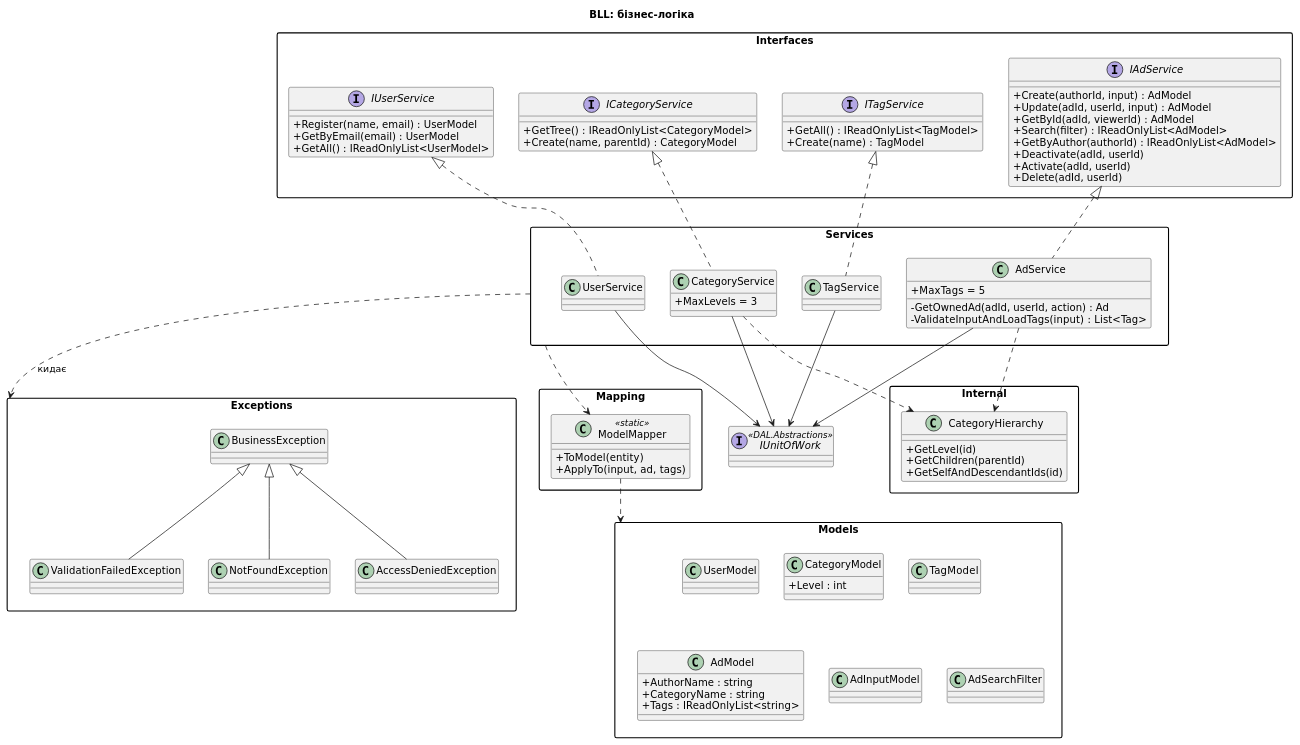
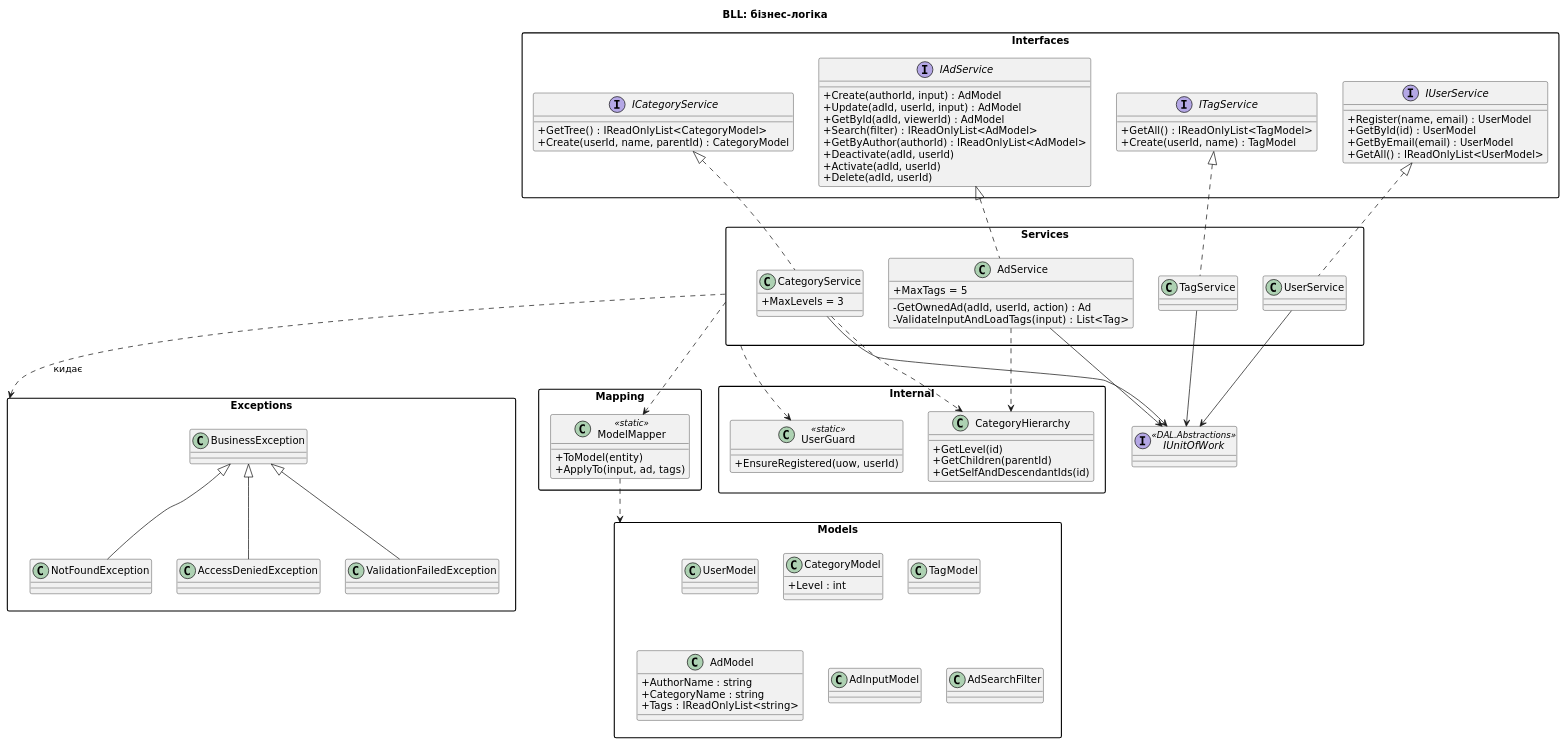
The diagram in docs/4-bll.puml (01eksandr0/Bz-121-24-1-PI-bulletin-board), drawn with PlantUML before and after one commit. The commit also changed 60 other files, not shown here.

```diff
--- a/docs/4-bll.puml
+++ b/docs/4-bll.puml
@@ -1,96 +1,101 @@
 @startuml
 skinparam defaultFontName DejaVu Sans
 skinparam shadowing false
 skinparam classAttributeIconSize 0
 skinparam packageStyle rectangle
 title BLL: бізнес-логіка
 
 package Interfaces {
   interface IUserService {
   + Register(name, email) : UserModel
+  + GetById(id) : UserModel
   + GetByEmail(email) : UserModel
   + GetAll() : IReadOnlyList<UserModel>
 }
   interface ICategoryService {
   + GetTree() : IReadOnlyList<CategoryModel>
-  + Create(name, parentId) : CategoryModel
+  + Create(userId, name, parentId) : CategoryModel
 }
   interface ITagService {
   + GetAll() : IReadOnlyList<TagModel>
-  + Create(name) : TagModel
+  + Create(userId, name) : TagModel
 }
   interface IAdService {
     + Create(authorId, input) : AdModel
     + Update(adId, userId, input) : AdModel
     + GetById(adId, viewerId) : AdModel
     + Search(filter) : IReadOnlyList<AdModel>
     + GetByAuthor(authorId) : IReadOnlyList<AdModel>
     + Deactivate(adId, userId)
     + Activate(adId, userId)
     + Delete(adId, userId)
   }
 }
 package Services {
   class UserService
   class CategoryService {
   + MaxLevels = 3
 }
   class TagService
   class AdService {
   + MaxTags = 5
   - GetOwnedAd(adId, userId, action) : Ad
   - ValidateInputAndLoadTags(input) : List<Tag>
 }
 }
 package Models {
   class UserModel
   class CategoryModel {
   + Level : int
 }
   class TagModel
   class AdModel {
   + AuthorName : string
   + CategoryName : string
   + Tags : IReadOnlyList<string>
 }
   class AdInputModel
   class AdSearchFilter
 }
 package Mapping {
   class ModelMapper <<static>> {
   + ToModel(entity)
   + ApplyTo(input, ad, tags)
 }
 }
 package Internal {
+  class UserGuard <<static>> {
+    + EnsureRegistered(uow, userId)
+  }
   class CategoryHierarchy {
   + GetLevel(id)
   + GetChildren(parentId)
   + GetSelfAndDescendantIds(id)
 }
 }
 package Exceptions {
   class BusinessException
   class NotFoundException
   class AccessDeniedException
   class ValidationFailedException
 }
 interface IUnitOfWork <<DAL.Abstractions>>
 
 IUserService <|.. UserService
 ICategoryService <|.. CategoryService
 ITagService <|.. TagService
 IAdService <|.. AdService
 UserService --> IUnitOfWork
 CategoryService --> IUnitOfWork
 TagService --> IUnitOfWork
 AdService --> IUnitOfWork
 CategoryService ..> CategoryHierarchy
 AdService ..> CategoryHierarchy
+Services ..> UserGuard
 Services ..> ModelMapper
 ModelMapper ..> Models
 BusinessException <|-- NotFoundException
 BusinessException <|-- AccessDeniedException
 BusinessException <|-- ValidationFailedException
 Services ..> Exceptions : кидає
 @enduml
```
